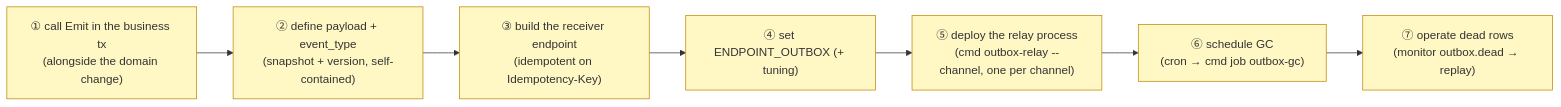
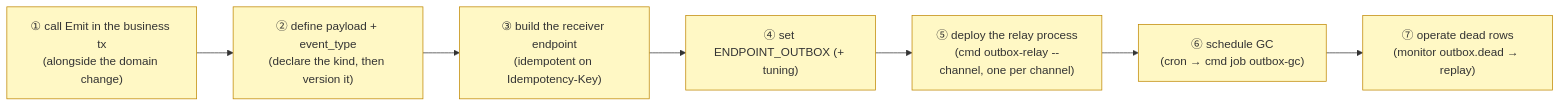
One commit to Tomy-ch/boilerplate-go changed the fifth of 5 diagrams in docs/portal/guides/outbox-design.md. Above: the diagram before and after it, drawn with Mermaid. The commit also changed other lines of this file and 241 other files, not shown here.

````diff
--- a/docs/portal/guides/outbox-design.md
+++ b/docs/portal/guides/outbox-design.md
@@ -232,12 +232,12 @@
 ```mermaid
 flowchart LR
     EM["① call Emit in the business tx<br/>(alongside the domain change)"]:::need
-    PL["② define payload + event_type<br/>(snapshot + version, self-contained)"]:::need
+    PL["② define payload + event_type<br/>(declare the kind, then version it)"]:::need
     RC["③ build the receiver endpoint<br/>(idempotent on Idempotency-Key)"]:::need
     CF["④ set ENDPOINT_OUTBOX (+ tuning)"]:::need
     DP["⑤ deploy the relay process<br/>(cmd outbox-relay --channel, one per channel)"]:::need
     GC["⑥ schedule GC<br/>(cron → cmd job outbox-gc)"]:::need
     OP["⑦ operate dead rows<br/>(monitor outbox.dead → replay)"]:::need
     EM --> PL --> RC --> CF --> DP --> GC --> OP
     classDef need fill:#fff8c5,stroke:#bf8700;
 ```
````
